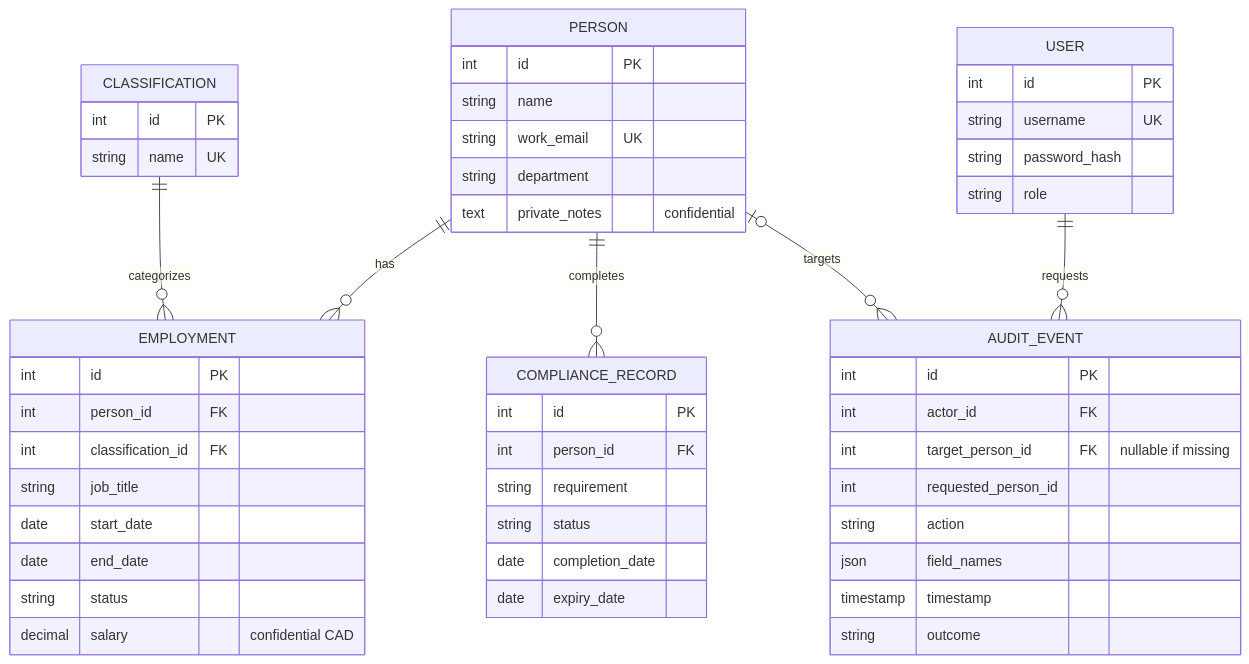
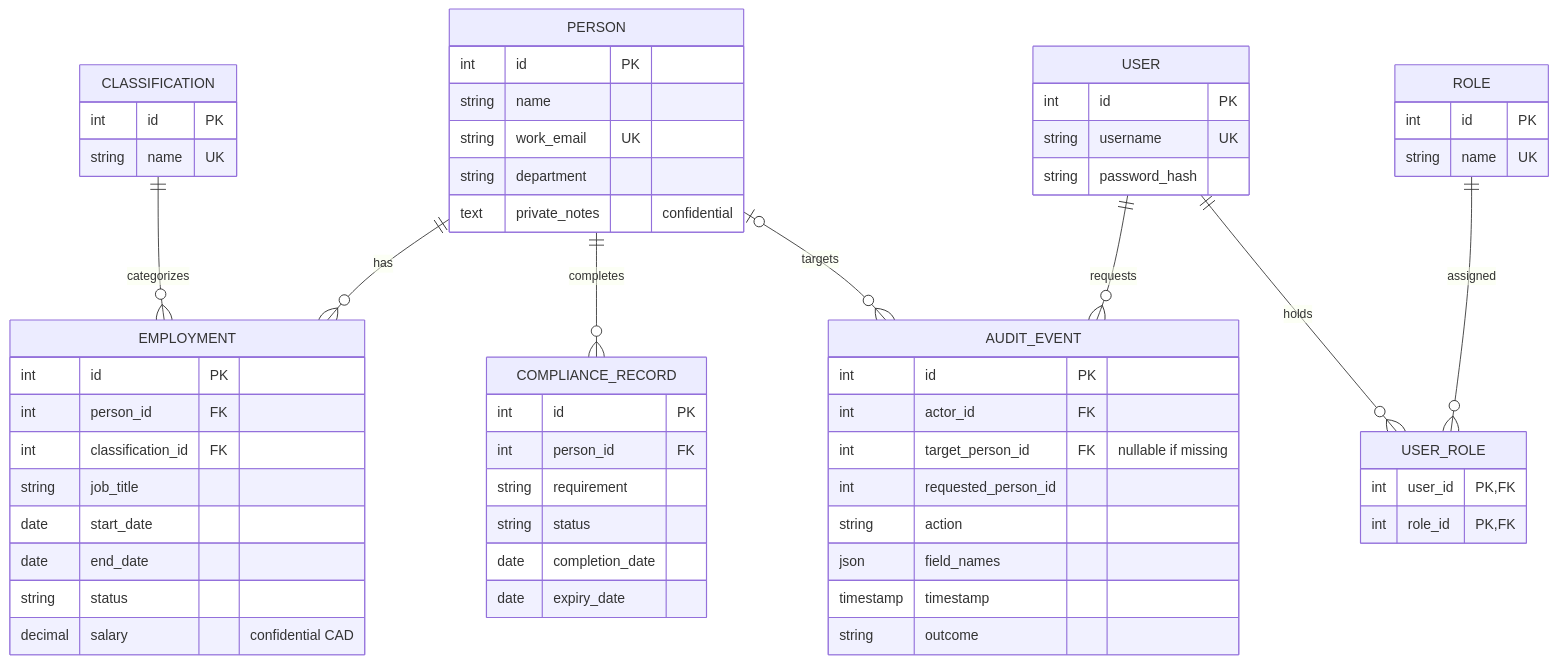
The diagram in README.md (antoniojxk/team-directory), drawn with Mermaid before and after one commit. The commit also changed other lines of this file and 21 other files, not shown here.

````diff
--- a/README.md
+++ b/README.md
@@ -37,53 +37,62 @@
 ```mermaid
 erDiagram
     PERSON ||--o{ EMPLOYMENT : has
     CLASSIFICATION ||--o{ EMPLOYMENT : categorizes
     PERSON ||--o{ COMPLIANCE_RECORD : completes
     USER ||--o{ AUDIT_EVENT : requests
+    USER ||--o{ USER_ROLE : holds
+    ROLE ||--o{ USER_ROLE : assigned
     PERSON o|--o{ AUDIT_EVENT : targets
     PERSON {
         int id PK
         string name
         string work_email UK
         string department
         text private_notes "confidential"
     }
     EMPLOYMENT {
         int id PK
         int person_id FK
         int classification_id FK
         string job_title
         date start_date
         date end_date
         string status
         decimal salary "confidential CAD"
     }
     CLASSIFICATION {
         int id PK
         string name UK
     }
     COMPLIANCE_RECORD {
         int id PK
         int person_id FK
         string requirement
         string status
         date completion_date
         date expiry_date
     }
     USER {
         int id PK
         string username UK
         string password_hash
-        string role
+    }
+    ROLE {
+        int id PK
+        string name UK
+    }
+    USER_ROLE {
+        int user_id PK,FK
+        int role_id PK,FK
     }
     AUDIT_EVENT {
         int id PK
         int actor_id FK
         int target_person_id FK "nullable if missing"
         int requested_person_id
         string action
         json field_names
         timestamp timestamp
         string outcome
     }
 ```
````
